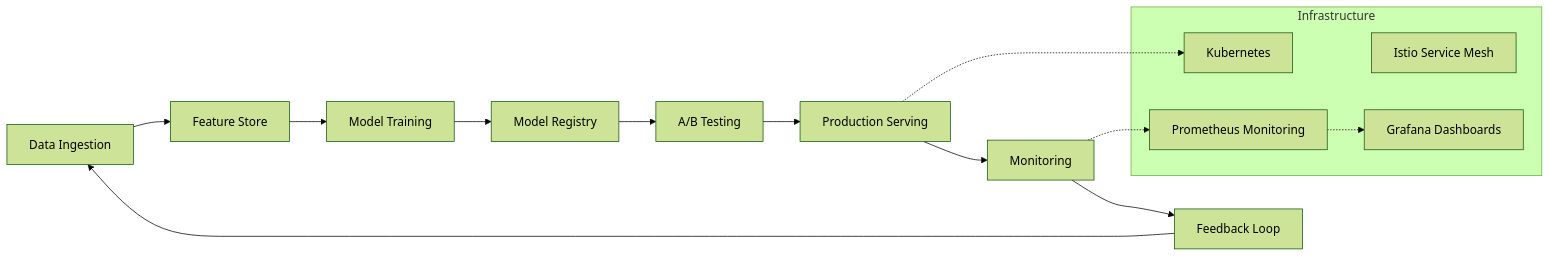
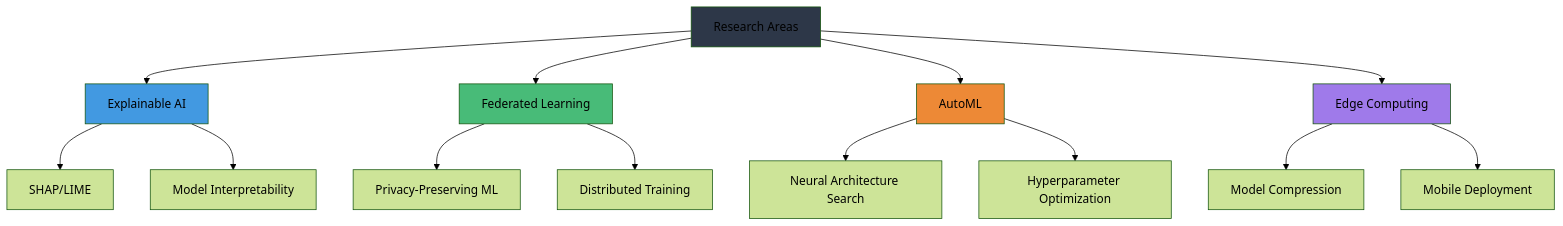
The fourth of 5 diagrams in README.md (FestusMatsitsa/FestusMatsitsa), drawn with Mermaid (forest theme) before and after one commit. The commit also changed other lines of this file, not shown here.

````diff
--- a/README.md
+++ b/README.md
@@ -432,22 +517,25 @@
 ```mermaid
-flowchart LR
-    A[Data Ingestion] --> B[Feature Store]
-    B --> C[Model Training]
-    C --> D[Model Registry]
-    D --> E[A/B Testing]
-    E --> F[Production Serving]
-    F --> G[Monitoring]
-    G --> H[Feedback Loop]
-    H --> A
+graph TB
+    A[Research Areas] --> B[Explainable AI]
+    A --> C[Federated Learning]
+    A --> D[AutoML]
+    A --> E[Edge Computing]
     
-    subgraph "Infrastructure"
-        I[Kubernetes]
-        J[Istio Service Mesh]
-        K[Prometheus Monitoring]
-        L[Grafana Dashboards]
-    end
+    B --> F[SHAP/LIME]
+    B --> G[Model Interpretability]
     
-    F -.-> I
-    G -.-> K
-    K -.-> L
+    C --> H[Privacy-Preserving ML]
+    C --> I[Distributed Training]
+    
+    D --> J[Neural Architecture Search]
+    D --> K[Hyperparameter Optimization]
+    
+    E --> L[Model Compression]
+    E --> M[Mobile Deployment]
+    
+    style A fill:#2d3748
+    style B fill:#4299e1
+    style C fill:#48bb78
+    style D fill:#ed8936
+    style E fill:#9f7aea
 ```
````
